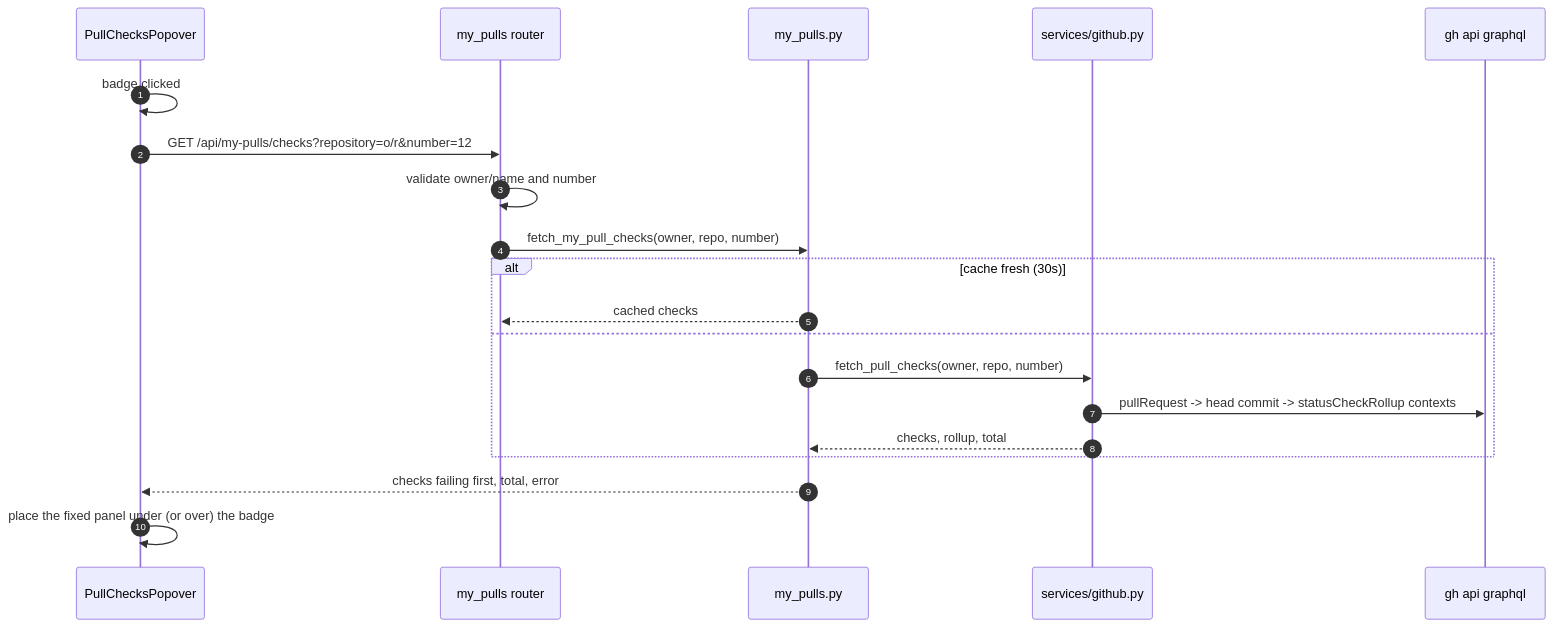
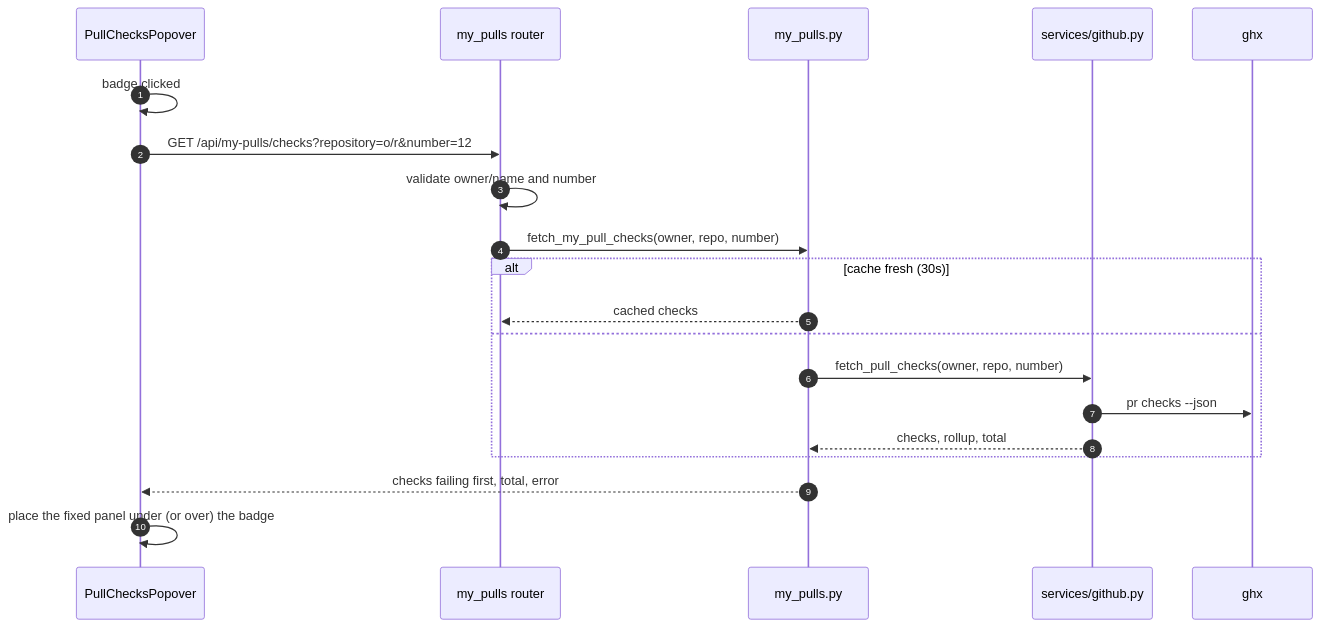
Before and after one commit to TomzxCode/agentic: the third of 4 diagrams in .sdlc/features/p24-github-integration/specification.md, drawn with Mermaid. The commit also changed other lines of this file and 22 other files, not shown here.

First line of the commit message:
feat(my-pulls): read pull requests from ghx per repository

````diff
--- a/.sdlc/features/p24-github-integration/specification.md
+++ b/.sdlc/features/p24-github-integration/specification.md
@@ -123,22 +125,22 @@
 ```mermaid
 sequenceDiagram
     autonumber
     participant V as PullChecksPopover
     participant R as my_pulls router
     participant M as my_pulls.py
     participant S as services/github.py
-    participant GH as gh api graphql
+    participant GH as ghx
     V->>V: badge clicked
     V->>R: GET /api/my-pulls/checks?repository=o/r&number=12
     R->>R: validate owner/name and number
     R->>M: fetch_my_pull_checks(owner, repo, number)
     alt cache fresh (30s)
         M-->>R: cached checks
     else
         M->>S: fetch_pull_checks(owner, repo, number)
-        S->>GH: pullRequest -> head commit -> statusCheckRollup contexts
+        S->>GH: pr checks --json
         S-->>M: checks, rollup, total
     end
     M-->>V: checks failing first, total, error
     V->>V: place the fixed panel under (or over) the badge
 ```
````
